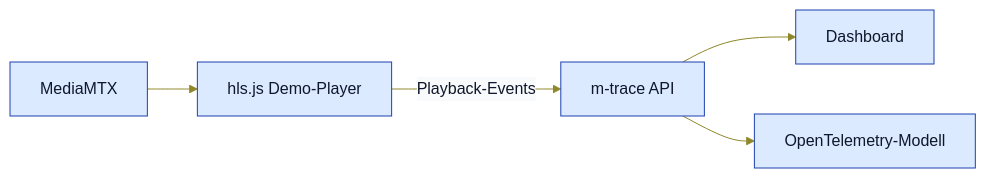
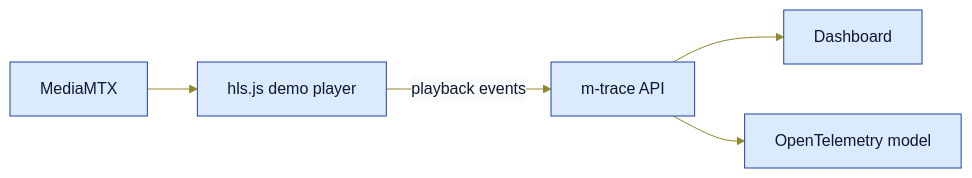
One commit to pt9912/m-trace changed the first of 2 diagrams in README.md. Above: the diagram before and after it, drawn with Mermaid. The commit also changed other lines of this file and 1 other file, not shown here.

````diff
--- a/README.md
+++ b/README.md
@@ -45,8 +46,8 @@
 ```mermaid
 %%{init: {'theme':'base','themeVariables':{'background':'#f8fafc','primaryColor':'#dbeafe','primaryTextColor':'#0f172a','primaryBorderColor':'#1e40af','lineColor':'#8f872a','secondaryColor':'#fef3c7','tertiaryColor':'#dcfce7','noteBkgColor':'#fef3c7','noteTextColor':'#0f172a','noteBorderColor':'#a16207','actorBkg':'#dbeafe','actorBorder':'#1e40af','actorTextColor':'#0f172a','actorLineColor':'#475569','signalColor':'#0f172a','signalTextColor':'#0f172a','sequenceNumberColor':'#ffffff','labelTextColor':'#0f172a','loopTextColor':'#0f172a','edgeLabelBackground':'#f8fafc'}}}%%
 flowchart LR
-  M[MediaMTX] --> P[hls.js Demo-Player]
-  P -->|Playback-Events| A[m-trace API]
+  M[MediaMTX] --> P[hls.js demo player]
+  P -->|playback events| A[m-trace API]
   A --> D[Dashboard]
-  A --> O[OpenTelemetry-Modell]
+  A --> O[OpenTelemetry model]
 ```
````
